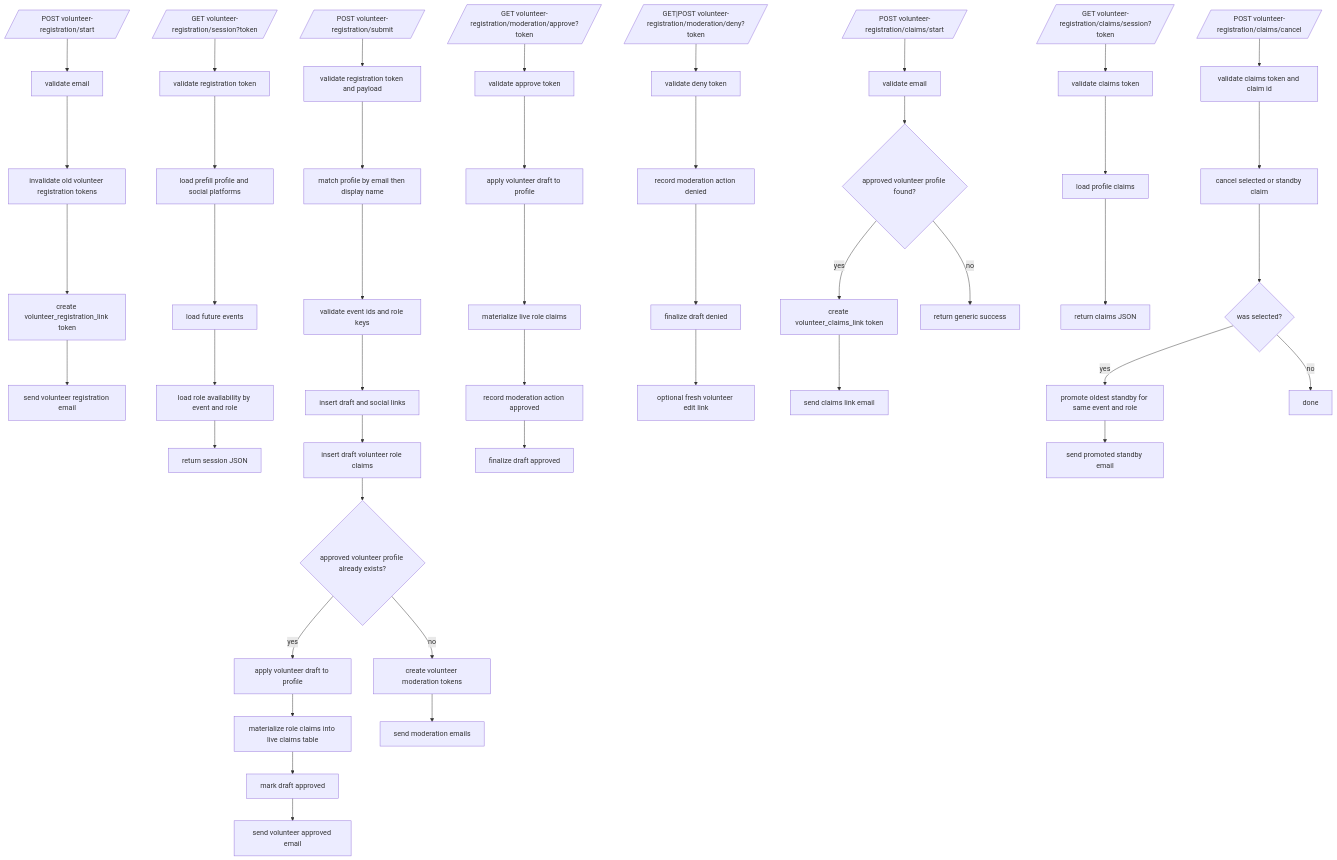
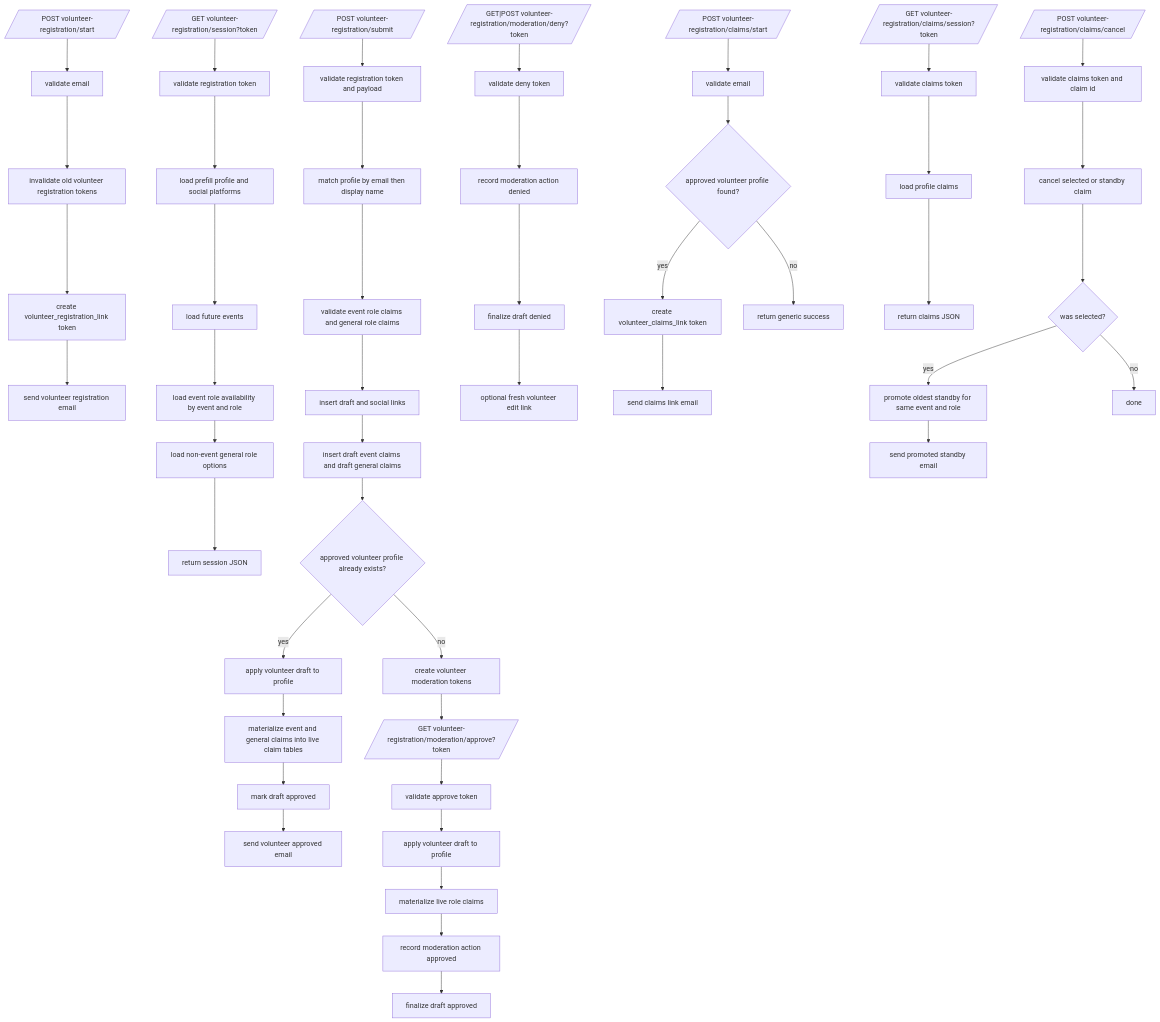
Before and after one commit to emom-sydney/website: the diagram in VOLUNTEER_WORKFLOW_FLOW.md, drawn with Mermaid. The commit also changed other lines of this file and 8 other files, not shown here.

````diff
--- a/VOLUNTEER_WORKFLOW_FLOW.md
+++ b/VOLUNTEER_WORKFLOW_FLOW.md
@@ -7,54 +7,55 @@
 ```mermaid
 flowchart TD
     A[/POST volunteer-registration/start/] --> B[validate email]
     B --> C[invalidate old volunteer registration tokens]
     C --> D[create volunteer_registration_link token]
     D --> E[send volunteer registration email]
 
     F[/GET volunteer-registration/session?token/] --> G[validate registration token]
     G --> H[load prefill profile and social platforms]
     H --> I[load future events]
-    I --> J[load role availability by event and role]
-    J --> K[return session JSON]
+    I --> J[load event role availability by event and role]
+    J --> K[load non-event general role options]
+    K --> L[return session JSON]
 
-    L[/POST volunteer-registration/submit/] --> M[validate registration token and payload]
-    M --> N[match profile by email then display name]
-    N --> O[validate event ids and role keys]
-    O --> P[insert draft and social links]
-    P --> Q[insert draft volunteer role claims]
-    Q --> R{approved volunteer profile already exists?}
-    R -- yes --> S[apply volunteer draft to profile]
-    S --> T[materialize role claims into live claims table]
-    T --> U[mark draft approved]
-    U --> V[send volunteer approved email]
-    R -- no --> W[create volunteer moderation tokens]
-    W --> X[send moderation emails]
+    M[/POST volunteer-registration/submit/] --> N[validate registration token and payload]
+    N --> O[match profile by email then display name]
+    O --> P[validate event role claims and general role claims]
+    P --> Q[insert draft and social links]
+    Q --> R[insert draft event claims and draft general claims]
+    R --> S{approved volunteer profile already exists?}
+    S -- yes --> T[apply volunteer draft to profile]
+    T --> U[materialize event and general claims into live claim tables]
+    U --> V[mark draft approved]
+    V --> W[send volunteer approved email]
+    S -- no --> X[create volunteer moderation tokens]
+    X --> Y[send moderation emails]
 
     Y[/GET volunteer-registration/moderation/approve?token/] --> Z[validate approve token]
     Z --> ZA[apply volunteer draft to profile]
     ZA --> ZB[materialize live role claims]
     ZB --> ZC[record moderation action approved]
     ZC --> ZD[finalize draft approved]
 
     ZE[/GET|POST volunteer-registration/moderation/deny?token/] --> ZF[validate deny token]
     ZF --> ZG[record moderation action denied]
     ZG --> ZH[finalize draft denied]
     ZH --> ZI[optional fresh volunteer edit link]
 
     ZJ[/POST volunteer-registration/claims/start/] --> ZK[validate email]
     ZK --> ZL{approved volunteer profile found?}
     ZL -- yes --> ZM[create volunteer_claims_link token]
     ZM --> ZN[send claims link email]
     ZL -- no --> ZO[return generic success]
 
     ZP[/GET volunteer-registration/claims/session?token/] --> ZQ[validate claims token]
     ZQ --> ZR[load profile claims]
     ZR --> ZS[return claims JSON]
 
     ZT[/POST volunteer-registration/claims/cancel/] --> ZU[validate claims token and claim id]
     ZU --> ZV[cancel selected or standby claim]
     ZV --> ZW{was selected?}
     ZW -- yes --> ZX[promote oldest standby for same event and role]
     ZX --> ZY[send promoted standby email]
     ZW -- no --> ZZ[done]
 ```
````
